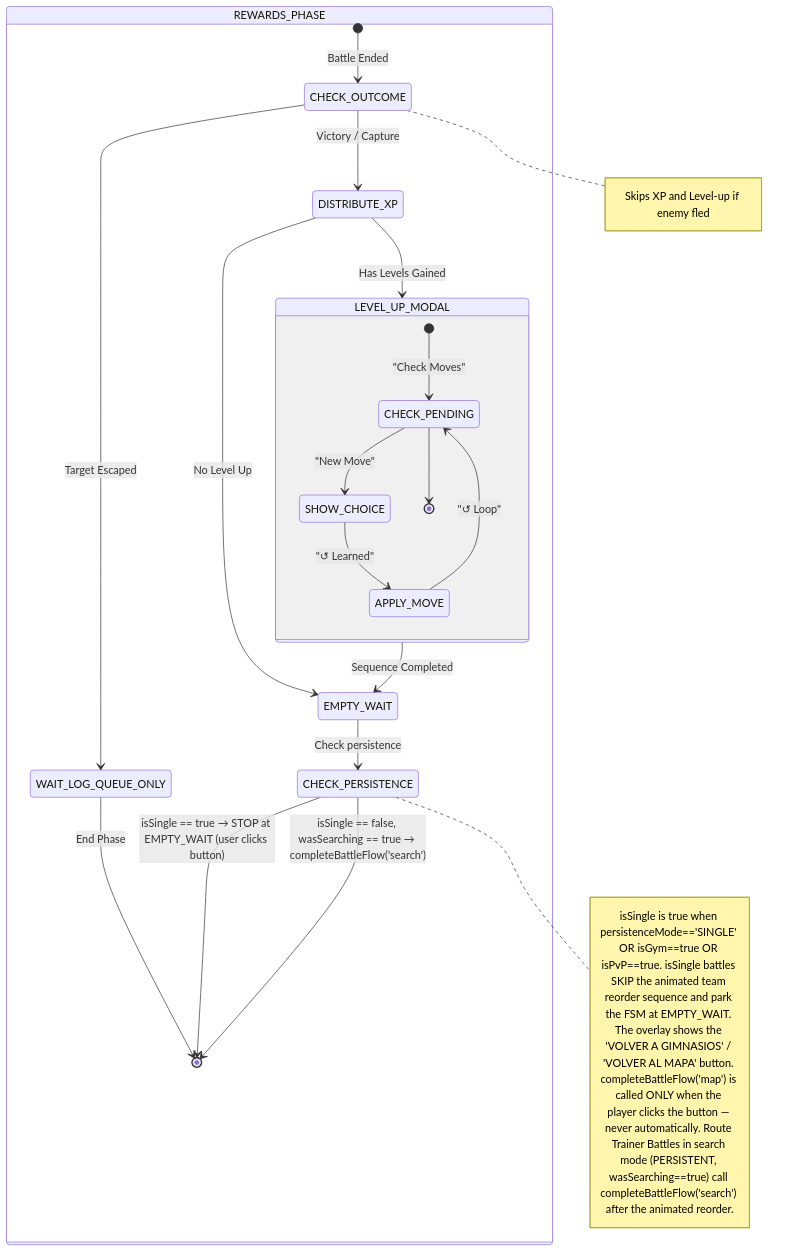
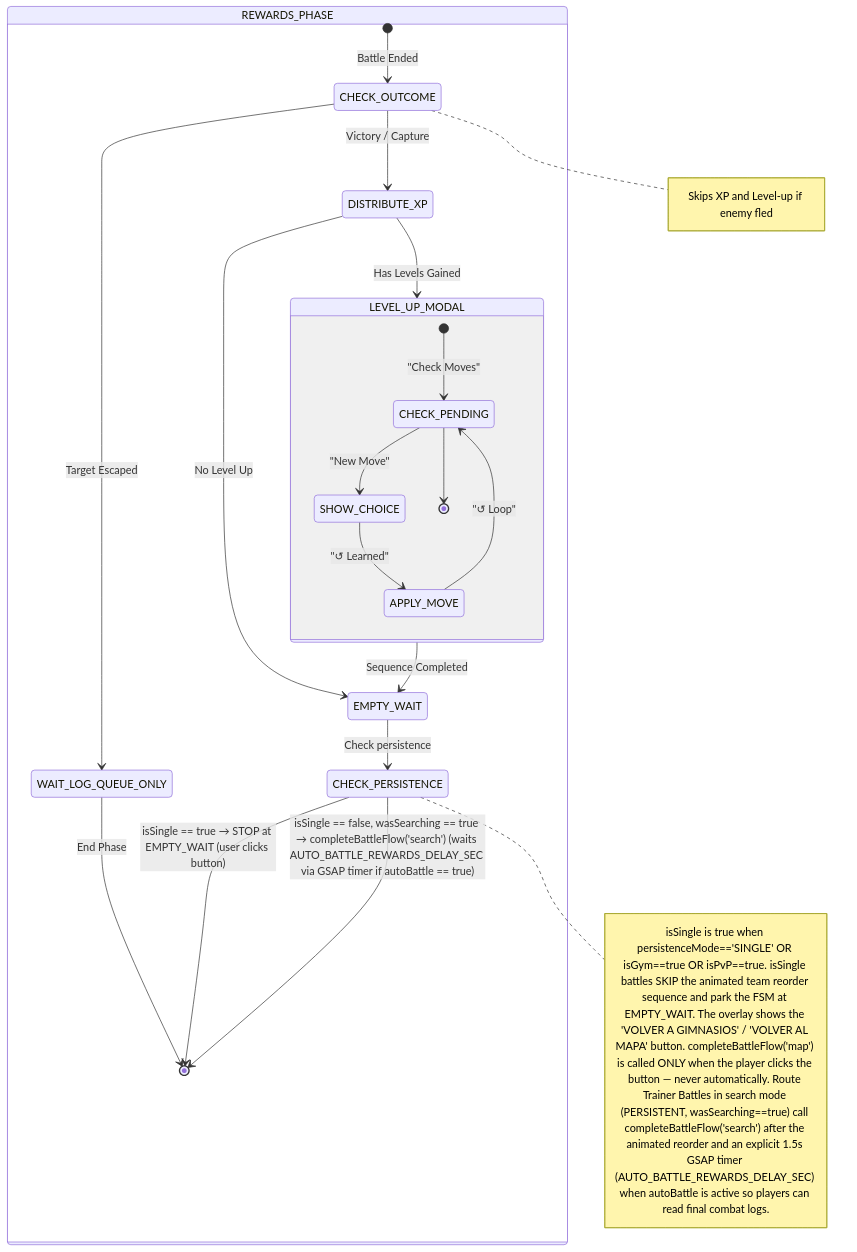
Diagram 11 of 20 in .agents/skills/project-standards/references/battle/battle_mechanics_manual.md (Darkham77/PokeBorrador), drawn with Mermaid before and after one commit. The commit also changed other lines of this file and 178 other files, not shown here.

````diff
--- a/.agents/skills/project-standards/references/battle/battle_mechanics_manual.md
+++ b/.agents/skills/project-standards/references/battle/battle_mechanics_manual.md
@@ -719,33 +735,33 @@
 ```mermaid
 stateDiagram-v2
     state REWARDS_PHASE {
         [*] --> CHECK_OUTCOME : Battle Ended
         state CHECK_OUTCOME <<choice>>
 
         CHECK_OUTCOME --> DISTRIBUTE_XP : Victory / Capture
         CHECK_OUTCOME --> WAIT_LOG_QUEUE_ONLY : Target Escaped
 
         DISTRIBUTE_XP --> LEVEL_UP_MODAL : Has Levels Gained
         DISTRIBUTE_XP --> EMPTY_WAIT : No Level Up
 
         state LEVEL_UP_MODAL {
             [*] --> CHECK_PENDING: "Check Moves"
             CHECK_PENDING --> SHOW_CHOICE: "New Move"
             SHOW_CHOICE --> APPLY_MOVE: "↺ Learned"
             APPLY_MOVE --> CHECK_PENDING: "↺ Loop"
             CHECK_PENDING --> [*]
         }
 
         LEVEL_UP_MODAL --> EMPTY_WAIT : Sequence Completed
         WAIT_LOG_QUEUE_ONLY --> [*] : End Phase
 
         EMPTY_WAIT --> CHECK_PERSISTENCE : Check persistence
         state CHECK_PERSISTENCE <<choice>>
         CHECK_PERSISTENCE --> [*] : isSingle == true → STOP at EMPTY_WAIT (user clicks button)
-        CHECK_PERSISTENCE --> [*] : isSingle == false, wasSearching == true → completeBattleFlow('search')
+        CHECK_PERSISTENCE --> [*] : isSingle == false, wasSearching == true → completeBattleFlow('search') (waits AUTO_BATTLE_REWARDS_DELAY_SEC via GSAP timer if autoBattle == true)
     }
 
     note right of CHECK_OUTCOME: Skips XP and Level-up if enemy fled
-    note right of CHECK_PERSISTENCE: isSingle is true when persistenceMode=='SINGLE' OR isGym==true OR isPvP==true. isSingle battles SKIP the animated team reorder sequence and park the FSM at EMPTY_WAIT. The overlay shows the 'VOLVER A GIMNASIOS' / 'VOLVER AL MAPA' button. completeBattleFlow('map') is called ONLY when the player clicks the button — never automatically. Route Trainer Battles in search mode (PERSISTENT, wasSearching==true) call completeBattleFlow('search') after the animated reorder.
+    note right of CHECK_PERSISTENCE: isSingle is true when persistenceMode=='SINGLE' OR isGym==true OR isPvP==true. isSingle battles SKIP the animated team reorder sequence and park the FSM at EMPTY_WAIT. The overlay shows the 'VOLVER A GIMNASIOS' / 'VOLVER AL MAPA' button. completeBattleFlow('map') is called ONLY when the player clicks the button — never automatically. Route Trainer Battles in search mode (PERSISTENT, wasSearching==true) call completeBattleFlow('search') after the animated reorder and an explicit 1.5s GSAP timer (AUTO_BATTLE_REWARDS_DELAY_SEC) when autoBattle is active so players can read final combat logs.
 
 ```
````
